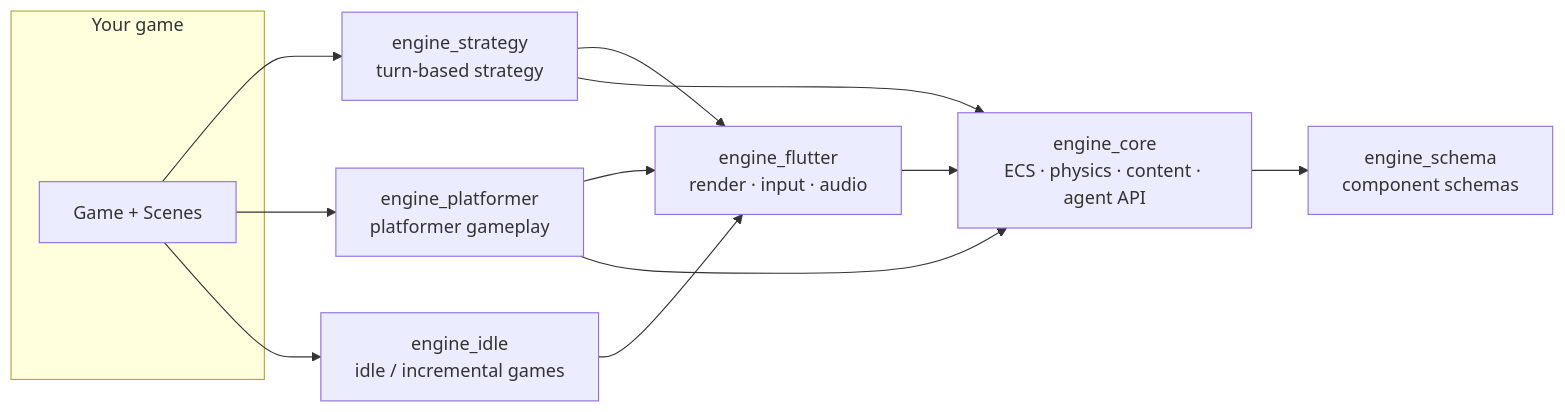
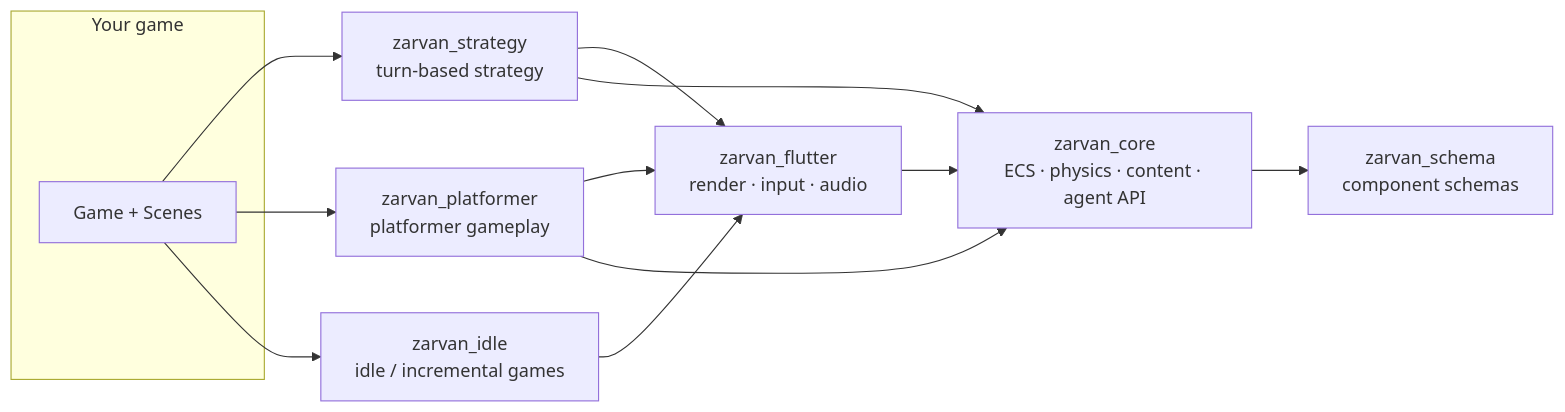
Before and after one commit to arashrasoulzadeh/agentic-game-engine: the diagram in docs/README.md, drawn with Mermaid. The commit also changed other lines of this file and 2098 other files, not shown here.

````diff
--- a/docs/README.md
+++ b/docs/README.md
@@ -9,16 +11,16 @@
 ```mermaid
 flowchart LR
     subgraph Your game
       G[Game + Scenes]
     end
-    G --> S[engine_strategy<br/>turn-based strategy]
-    G --> P[engine_platformer<br/>platformer gameplay]
-    G --> I[engine_idle<br/>idle / incremental games]
-    S --> F[engine_flutter<br/>render · input · audio]
+    G --> S[zarvan_strategy<br/>turn-based strategy]
+    G --> P[zarvan_platformer<br/>platformer gameplay]
+    G --> I[zarvan_idle<br/>idle / incremental games]
+    S --> F[zarvan_flutter<br/>render · input · audio]
     P --> F
     I --> F
-    F --> C[engine_core<br/>ECS · physics · content · agent API]
+    F --> C[zarvan_core<br/>ECS · physics · content · agent API]
     S --> C
     P --> C
-    C --> X[engine_schema<br/>component schemas]
+    C --> X[zarvan_schema<br/>component schemas]
 ```
````
